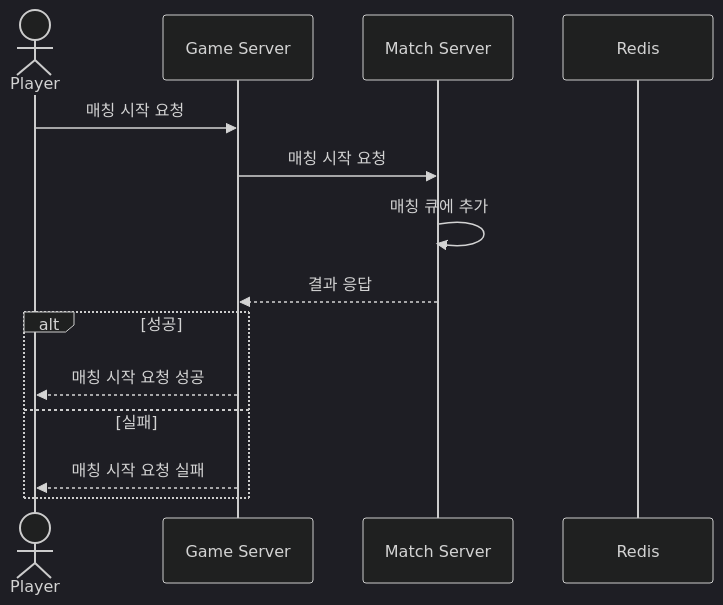
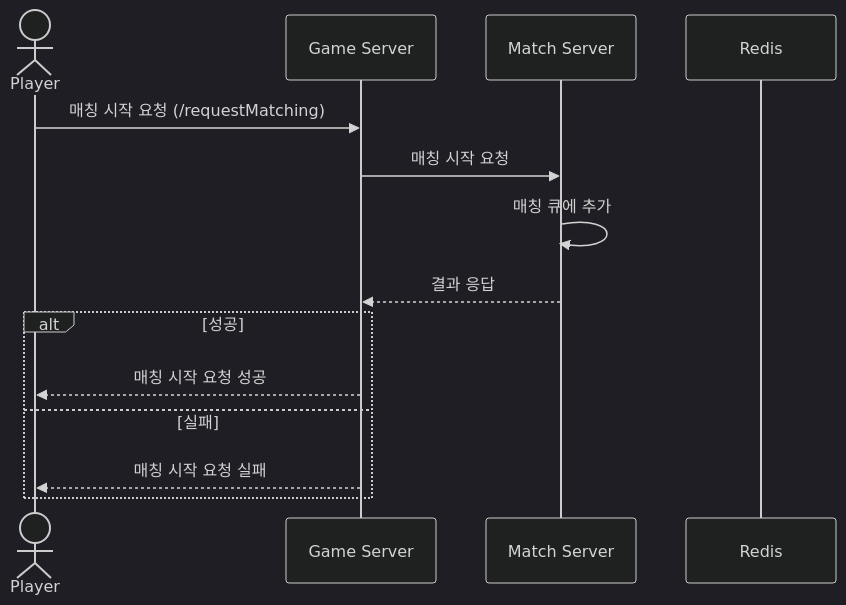
Before and after one commit to yujinS0/Omok-Game: the first of 2 diagrams in SequenceDiagram/Match.md, drawn with Mermaid (dark theme). The commit also changed other lines of this file, not shown here.

````diff
--- a/SequenceDiagram/Match.md
+++ b/SequenceDiagram/Match.md
@@ -6,19 +6,19 @@
 ```mermaid
 sequenceDiagram
 	actor P as Player
 	participant G as Game Server
 	participant M as Match Server
 	participant R as Redis
 
-	P->>G: 매칭 시작 요청
+	P->>G: 매칭 시작 요청 (/requestMatching)
 	G->>M: 매칭 시작 요청
 	M->>M: 매칭 큐에 추가
 
 	M-->>G: 결과 응답
 	alt 성공
 		G-->>P: 매칭 시작 요청 성공
 	else 실패
 		G-->>P: 매칭 시작 요청 실패
 	end
 
 ```
````
